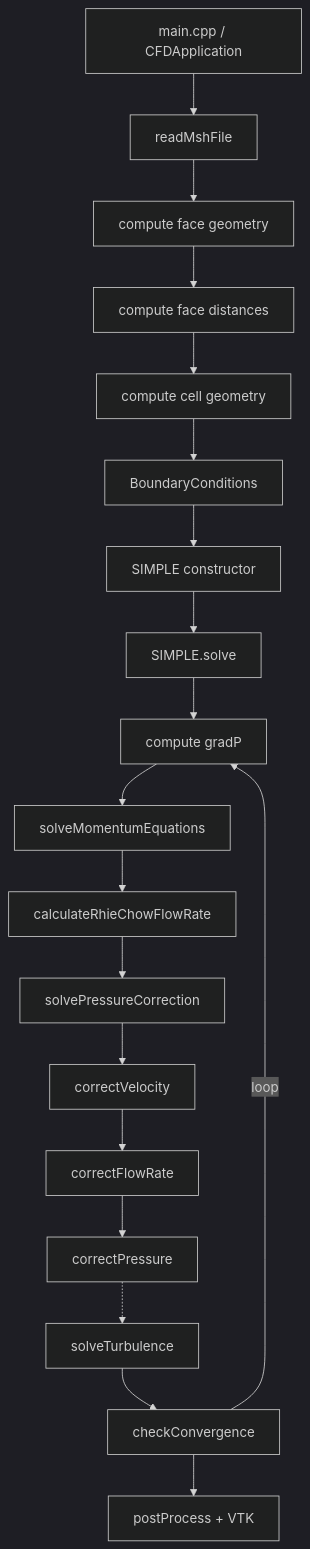
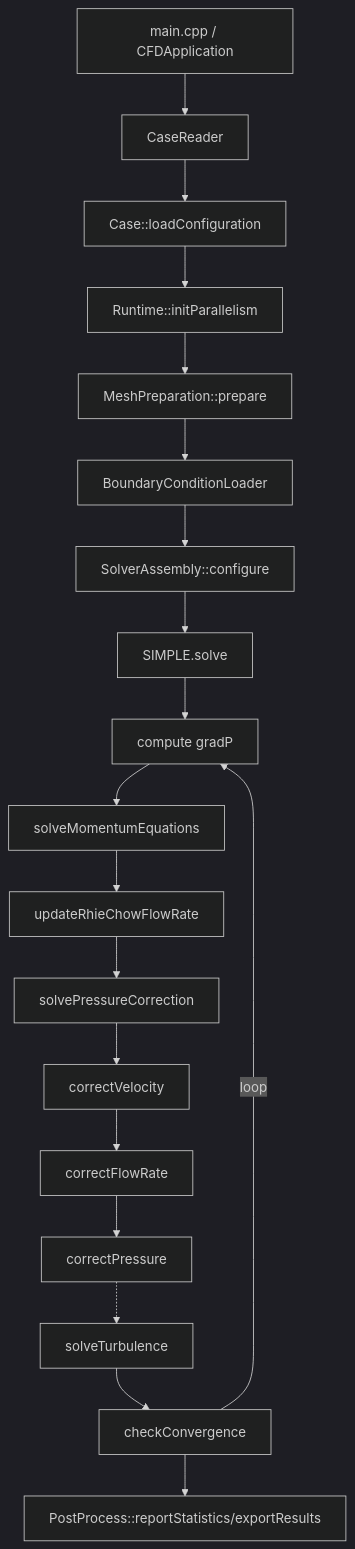
Before and after one commit to mohamed-i-mousa/Turblyze: the diagram in docs/DEVELOPER_GUIDE.md, drawn with Mermaid (dark theme). The commit also changed other lines of this file and 3 other files, not shown here.

````diff
--- a/docs/DEVELOPER_GUIDE.md
+++ b/docs/DEVELOPER_GUIDE.md
@@ -775,21 +908,21 @@
 ```mermaid
 flowchart TD
-  A[main.cpp / CFDApplication] --> B[readMshFile]
-  B --> C[compute face geometry]
-  C --> D[compute face distances]
-  D --> E[compute cell geometry]
-  E --> F[BoundaryConditions]
-  F --> G[SIMPLE constructor]
+  A[main.cpp / CFDApplication] --> B[CaseReader]
+  B --> C[Case::loadConfiguration]
+  C --> D[Runtime::initParallelism]
+  D --> E[MeshPreparation::prepare]
+  E --> F[BoundaryConditionLoader]
+  F --> G[SolverAssembly::configure]
   G --> H[SIMPLE.solve]
   H --> I[compute gradP]
   I --> J[solveMomentumEquations]
-  J --> K[calculateRhieChowFlowRate]
+  J --> K[updateRhieChowFlowRate]
   K --> L[solvePressureCorrection]
   L --> M[correctVelocity]
   M --> N[correctFlowRate]
   N --> O[correctPressure]
   O -.-> T[solveTurbulence]
   T --> P[checkConvergence]
   P -->|loop| I
-  P --> Q[postProcess + VTK]
+  P --> Q[PostProcess::reportStatistics/exportResults]
 ```
````
